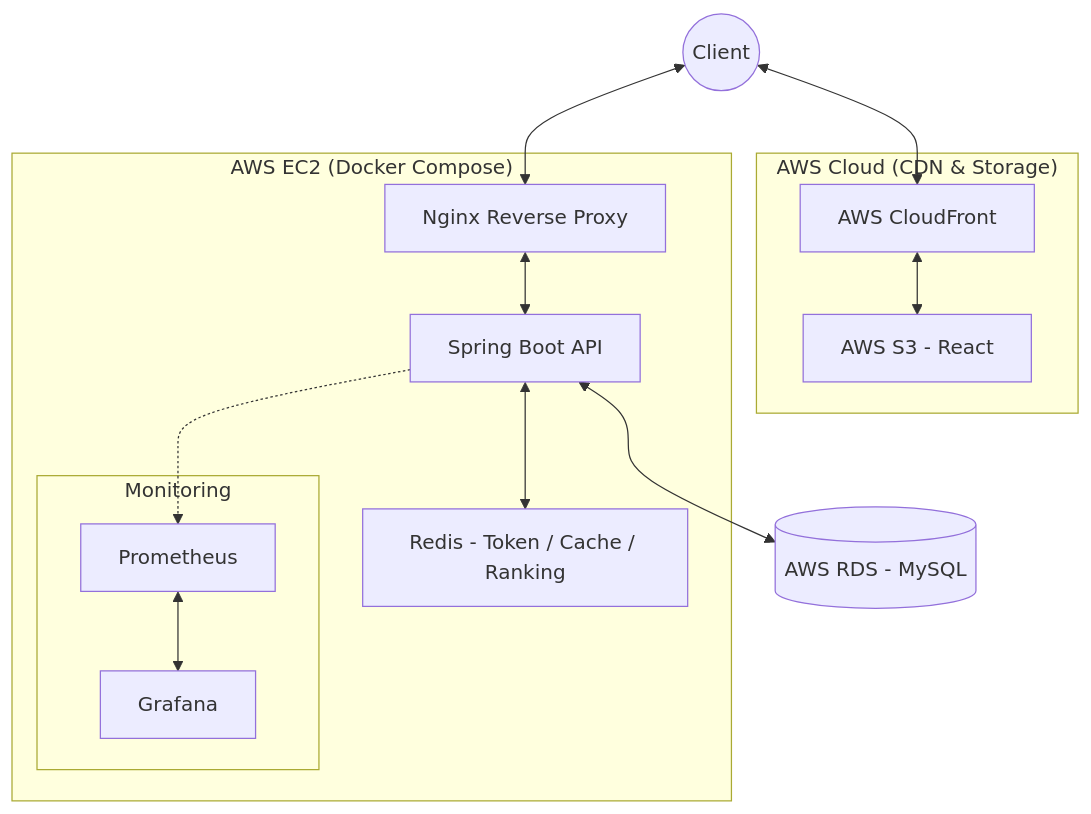
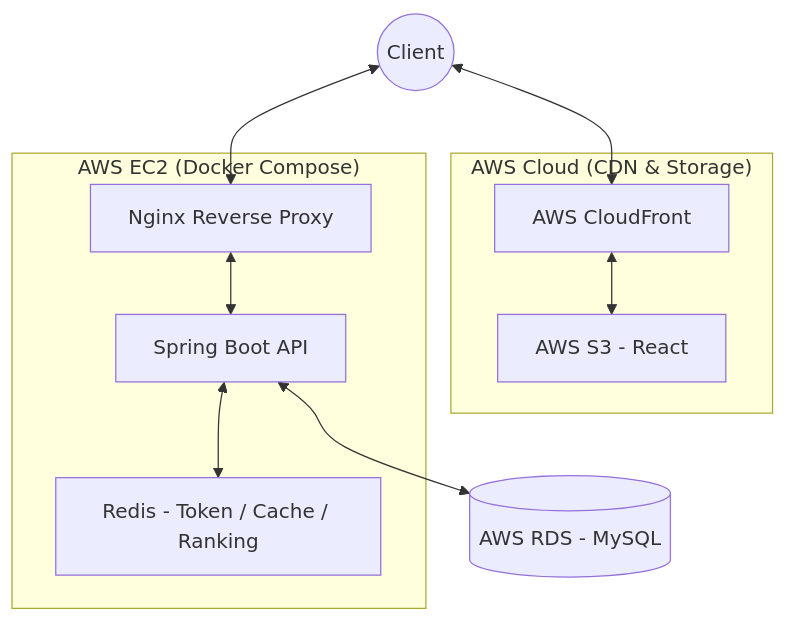
One commit to xxh3898/cubing-hub changed the diagram in docs/System Architecture.md. Above: the diagram before and after it, drawn with Mermaid. The commit also changed other lines of this file and 5 other files, not shown here.

````diff
--- a/docs/System Architecture.md
+++ b/docs/System Architecture.md
@@ -5,30 +5,24 @@
 ```mermaid
 graph TD
     Client((Client))
 
     subgraph AWS_Cloud ["AWS Cloud (CDN & Storage)"]
         CF[AWS CloudFront]
         S3[AWS S3 - React]
     end
 
     subgraph AWS_EC2 ["AWS EC2 (Docker Compose)"]
         Nginx[Nginx Reverse Proxy]
         SB[Spring Boot API]
         Redis[Redis - Token / Cache / Ranking]
-        subgraph Monitoring
-            Prom[Prometheus]
-            Graf[Grafana]
-        end
     end
 
     RDS[(AWS RDS - MySQL)]
 
     Client <--> CF
     CF <--> S3
     Client <--> Nginx
     Nginx <--> SB
     SB <--> Redis
     SB <--> RDS
-    SB -.-> Prom
-    Prom <--> Graf
 ```
````
